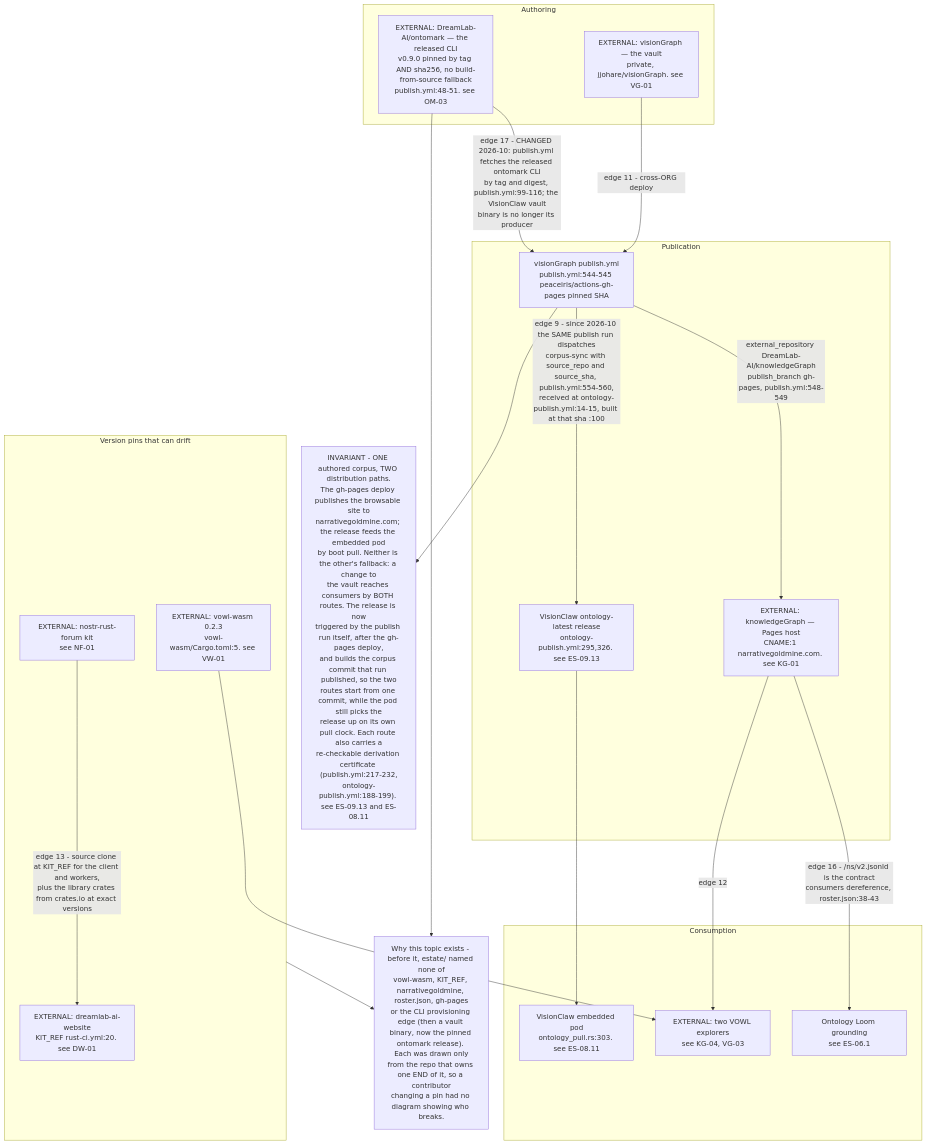
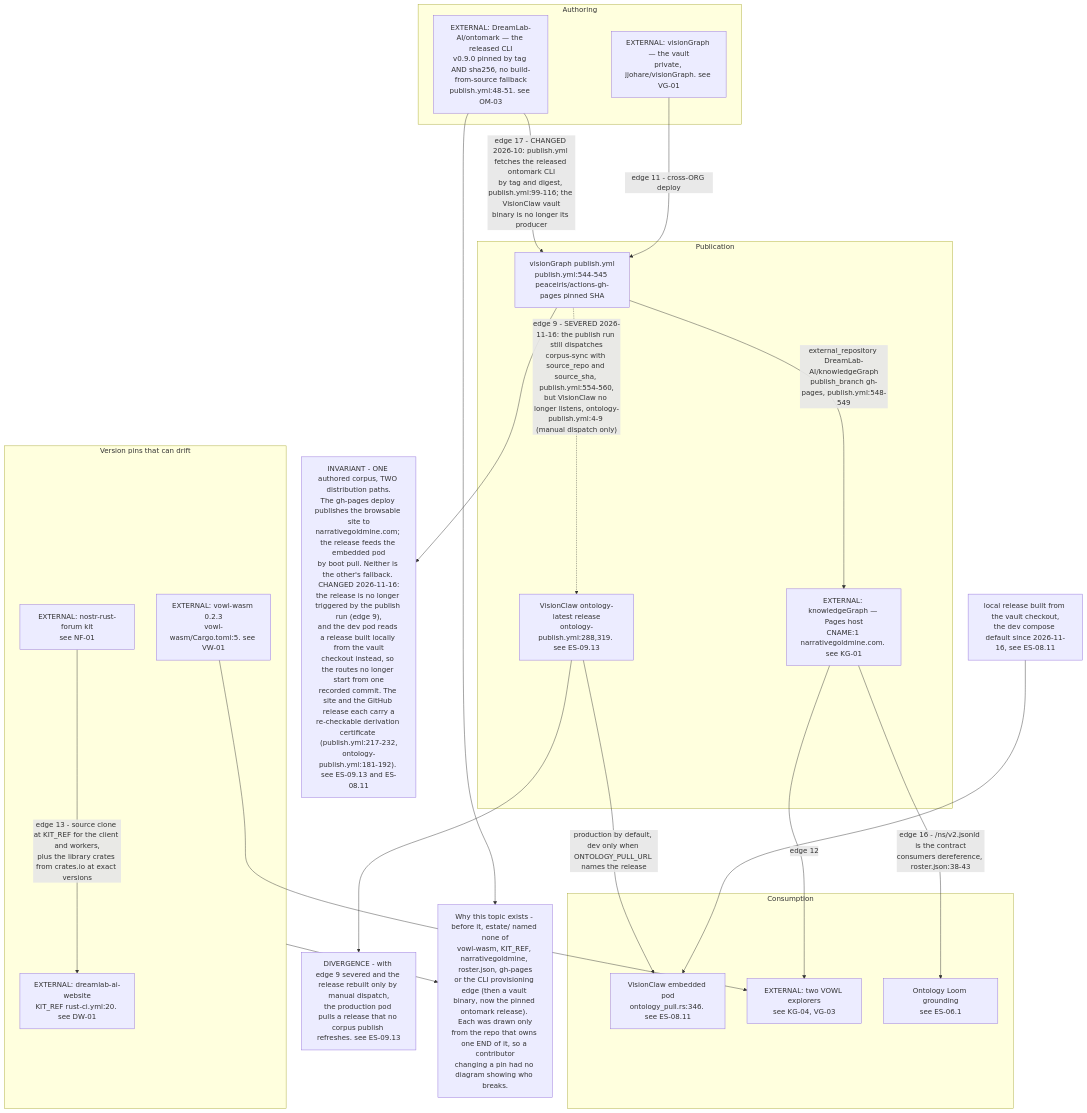
The first of 5 diagrams in docs/diagrams/estate/11-publishing-axis.md (DreamLab-AI/VisionFlow), drawn with Mermaid before and after one commit. The commit also changed other lines of this file and 5 other files, not shown here.

````diff
--- a/docs/diagrams/estate/11-publishing-axis.md
+++ b/docs/diagrams/estate/11-publishing-axis.md
@@ -29,39 +29,43 @@
 ```mermaid
 flowchart TB
     subgraph AUTHOR["Authoring"]
         VG["EXTERNAL: visionGraph — the vault<br/>private, jjohare/visionGraph. see VG-01"]
         OM["EXTERNAL: DreamLab-AI/ontomark — the released CLI<br/>v0.9.0 pinned by tag AND sha256, no build-from-source fallback<br/>publish.yml:48-51. see OM-03"]
     end
     subgraph PUB["Publication"]
         PUBYML["visionGraph publish.yml<br/>publish.yml:544-545 peaceiris/actions-gh-pages pinned SHA"]
         KG["EXTERNAL: knowledgeGraph — Pages host<br/>CNAME:1 narrativegoldmine.com. see KG-01"]
-        REL["VisionClaw ontology-latest release<br/>ontology-publish.yml:295,326. see ES-09.13"]
+        REL["VisionClaw ontology-latest release<br/>ontology-publish.yml:288,319. see ES-09.13"]
     end
     subgraph CONSUME["Consumption"]
-        POD["VisionClaw embedded pod<br/>ontology_pull.rs:303. see ES-08.11"]
+        POD["VisionClaw embedded pod<br/>ontology_pull.rs:346. see ES-08.11"]
         EXPL["EXTERNAL: two VOWL explorers<br/>see KG-04, VG-03"]
         LOOM["Ontology Loom grounding<br/>see ES-06.1"]
     end
     subgraph PINS["Version pins that can drift"]
         VW["EXTERNAL: vowl-wasm 0.2.3<br/>vowl-wasm/Cargo.toml:5. see VW-01"]
         NF["EXTERNAL: nostr-rust-forum kit<br/>see NF-01"]
         DW["EXTERNAL: dreamlab-ai-website<br/>KIT_REF rust-ci.yml:20. see DW-01"]
     end
 
     OM -->|"edge 17 - CHANGED 2026-10: publish.yml fetches the released ontomark CLI<br/>by tag and digest, publish.yml:99-116; the VisionClaw vault<br/>binary is no longer its producer"| PUBYML
     VG -->|"edge 11 - cross-ORG deploy"| PUBYML
     PUBYML -->|"external_repository DreamLab-AI/knowledgeGraph<br/>publish_branch gh-pages, publish.yml:548-549"| KG
-    PUBYML -->|"edge 9 - since 2026-10 the SAME publish run dispatches<br/>corpus-sync with source_repo and source_sha, publish.yml:554-560,<br/>received at ontology-publish.yml:14-15, built at that sha :100"| REL
-    REL --> POD
+    PUBYML -.->|"edge 9 - SEVERED 2026-11-16: the publish run still dispatches<br/>corpus-sync with source_repo and source_sha, publish.yml:554-560,<br/>but VisionClaw no longer listens, ontology-publish.yml:4-9 (manual dispatch only)"| REL
+    REL -->|"production by default, dev only when ONTOLOGY_PULL_URL names the release"| POD
+    LOCAL["local release built from the vault checkout,<br/>the dev compose default since 2026-11-16, see ES-08.11"]
+    STALE["DIVERGENCE - with edge 9 severed and the release rebuilt only by manual dispatch,<br/>the production pod pulls a release that no corpus publish refreshes. see ES-09.13"]
+    REL --> STALE
+    LOCAL --> POD
     KG -->|"edge 16 - /ns/v2.jsonld is the contract<br/>consumers dereference, roster.json:38-43"| LOOM
     KG -->|"edge 12"| EXPL
     VW --> EXPL
     NF -->|"edge 13 - source clone at KIT_REF for the client and workers,<br/>plus the library crates from crates.io at exact versions"| DW
 
-    INV["INVARIANT - ONE authored corpus, TWO distribution paths.<br/>The gh-pages deploy publishes the browsable site to<br/>narrativegoldmine.com; the release feeds the embedded pod<br/>by boot pull. Neither is the other's fallback: a change to<br/>the vault reaches consumers by BOTH routes. The release is now<br/>triggered by the publish run itself, after the gh-pages deploy,<br/>and builds the corpus commit that run published, so the two<br/>routes start from one commit, while the pod still picks the<br/>release up on its own pull clock. Each route also carries a<br/>re-checkable derivation certificate (publish.yml:217-232,<br/>ontology-publish.yml:188-199). see ES-09.13 and ES-08.11"]
+    INV["INVARIANT - ONE authored corpus, TWO distribution paths.<br/>The gh-pages deploy publishes the browsable site to<br/>narrativegoldmine.com; the release feeds the embedded pod<br/>by boot pull. Neither is the other's fallback. CHANGED 2026-11-16:<br/>the release is no longer triggered by the publish run (edge 9),<br/>and the dev pod reads a release built locally from the vault<br/>checkout instead, so the routes no longer start from one<br/>recorded commit. The site and the GitHub release each carry a<br/>re-checkable derivation certificate (publish.yml:217-232,<br/>ontology-publish.yml:181-192). see ES-09.13 and ES-08.11"]
     GAP["Why this topic exists - before it, estate/ named none of<br/>vowl-wasm, KIT_REF, narrativegoldmine, roster.json, gh-pages<br/>or the CLI provisioning edge (then a vault binary, now the pinned ontomark release). Each was drawn only<br/>from the repo that owns one END of it, so a contributor<br/>changing a pin had no diagram showing who breaks."]
 
     PUBYML --> INV
     PINS --> GAP
     OM --> GAP
 ```
````
